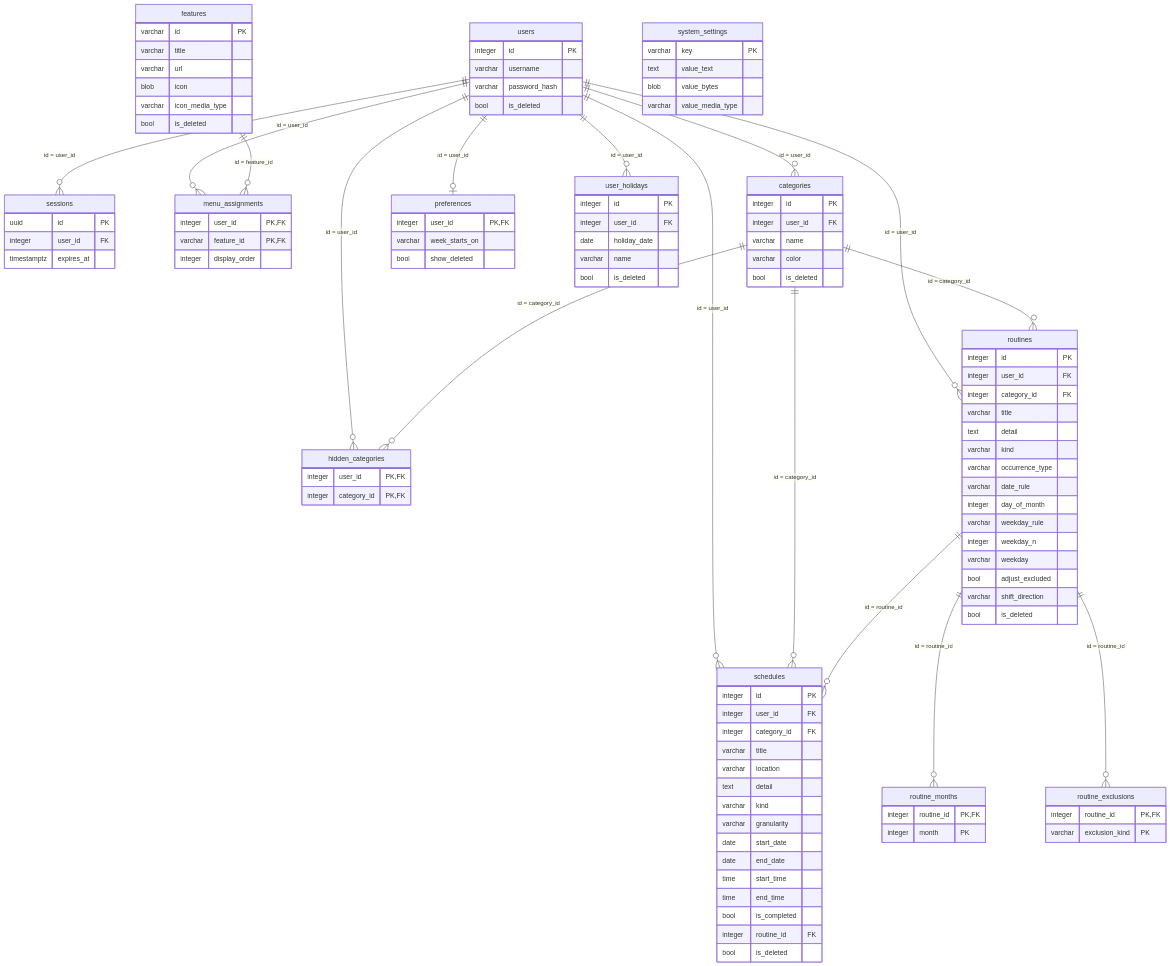
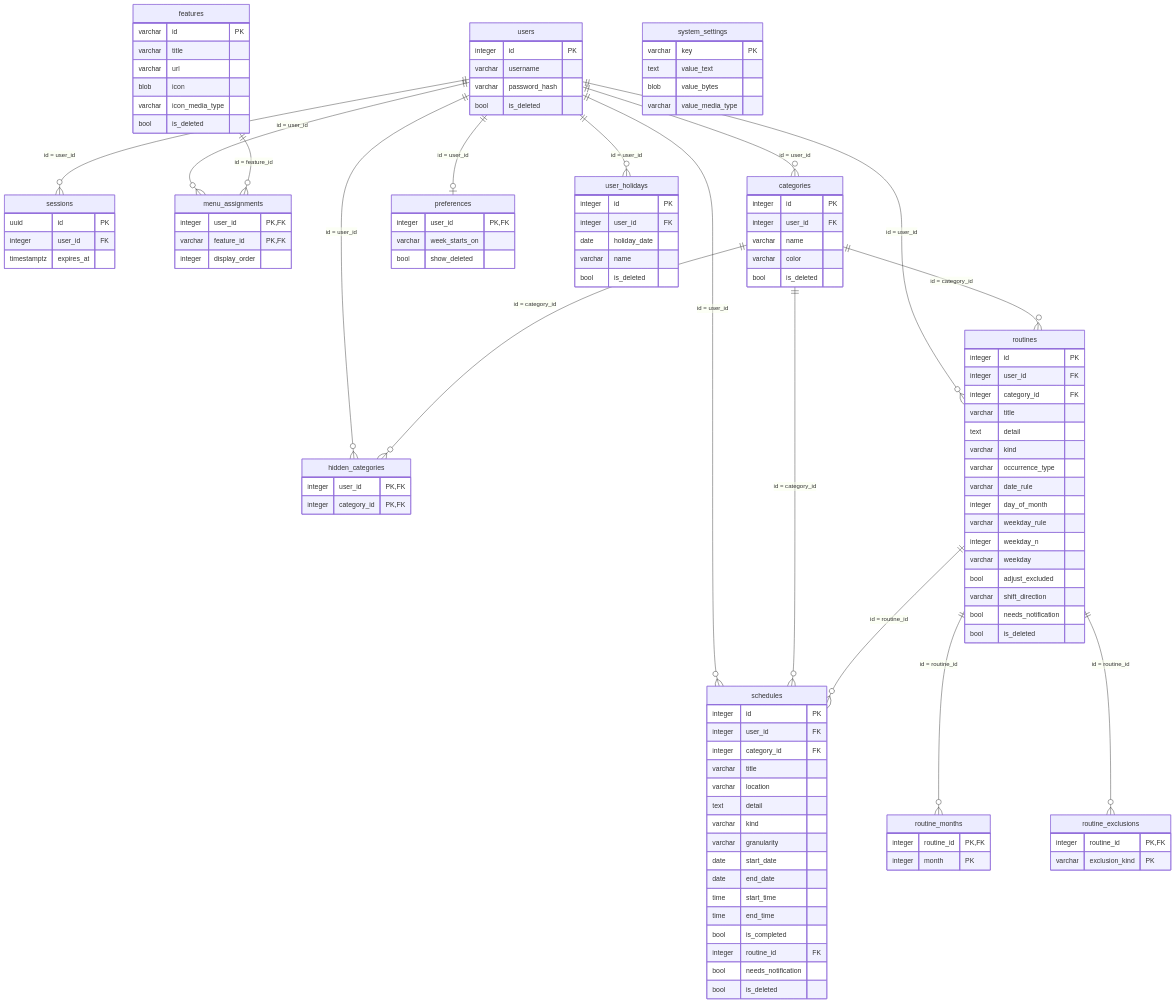
One commit to u1tym/cursor_web2 changed the diagram in docs/specs/schedule/db-design.md. Above: the diagram before and after it, drawn with Mermaid. The commit also changed other lines of this file and 41 other files, not shown here.

```diff
--- a/docs/specs/schedule/db-design.md
+++ b/docs/specs/schedule/db-design.md
@@ -88,6 +88,7 @@
         time end_time
         bool is_completed
         integer routine_id FK
+        bool needs_notification
         bool is_deleted
     }
     preferences {
@@ -121,6 +122,7 @@
         varchar weekday
         bool adjust_excluded
         varchar shift_direction
+        bool needs_notification
         bool is_deleted
     }
     routine_months {
```
